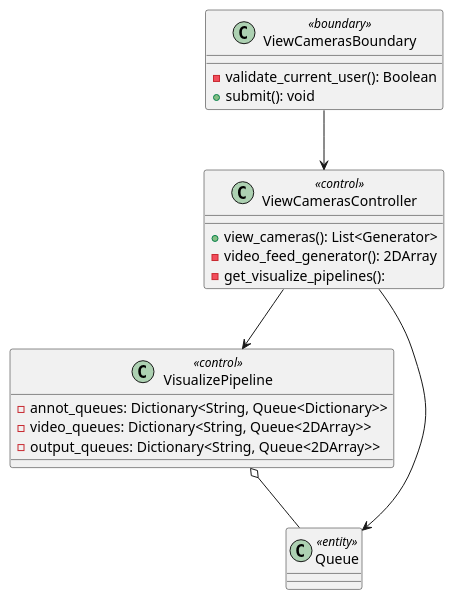
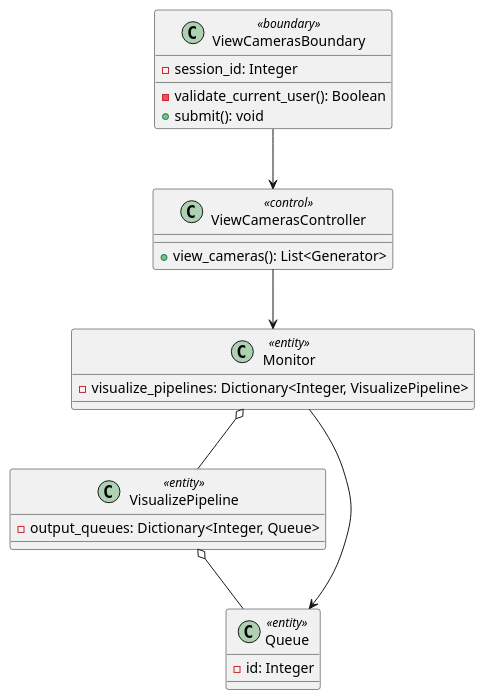
One commit to LapTQ/MCT changed the diagram in docs/UML/Class Diagrams/view-real_time-cameras.pu. Above: the diagram before and after it, drawn with PlantUML. The commit also changed 71 other files, not shown here.

```diff
--- a/docs/UML/Class Diagrams/view-real_time-cameras.pu
+++ b/docs/UML/Class Diagrams/view-real_time-cameras.pu
@@ -1,29 +1,34 @@
 @startuml
 
 class ViewCamerasBoundary <<boundary>> {
+    - session_id: Integer
 
     - validate_current_user(): Boolean
     + submit(): void
 }
 
 class ViewCamerasController <<control>> {
 
     + view_cameras(): List<Generator>
-    - video_feed_generator(): 2DArray
-    - get_visualize_pipelines(): 
+    
 }
 
-class VisualizePipeline <<control>> {
-    - annot_queues: Dictionary<String, Queue<Dictionary>>
-    - video_queues: Dictionary<String, Queue<2DArray>>
-    - output_queues: Dictionary<String, Queue<2DArray>>
+class Monitor <<entity>> {
+    - visualize_pipelines: Dictionary<Integer, VisualizePipeline>
 }
 
-class Queue <<entity>>
+class VisualizePipeline <<entity>> {
+    - output_queues: Dictionary<Integer, Queue>
+}
+
+class Queue <<entity>> {
+    - id: Integer
+}
 
 ViewCamerasBoundary --> ViewCamerasController
-ViewCamerasController --> Queue
-ViewCamerasController --> VisualizePipeline
+ViewCamerasController --> Monitor
+Monitor o-- VisualizePipeline
+Monitor --> Queue
 VisualizePipeline o-- Queue
 
 @enduml
```
